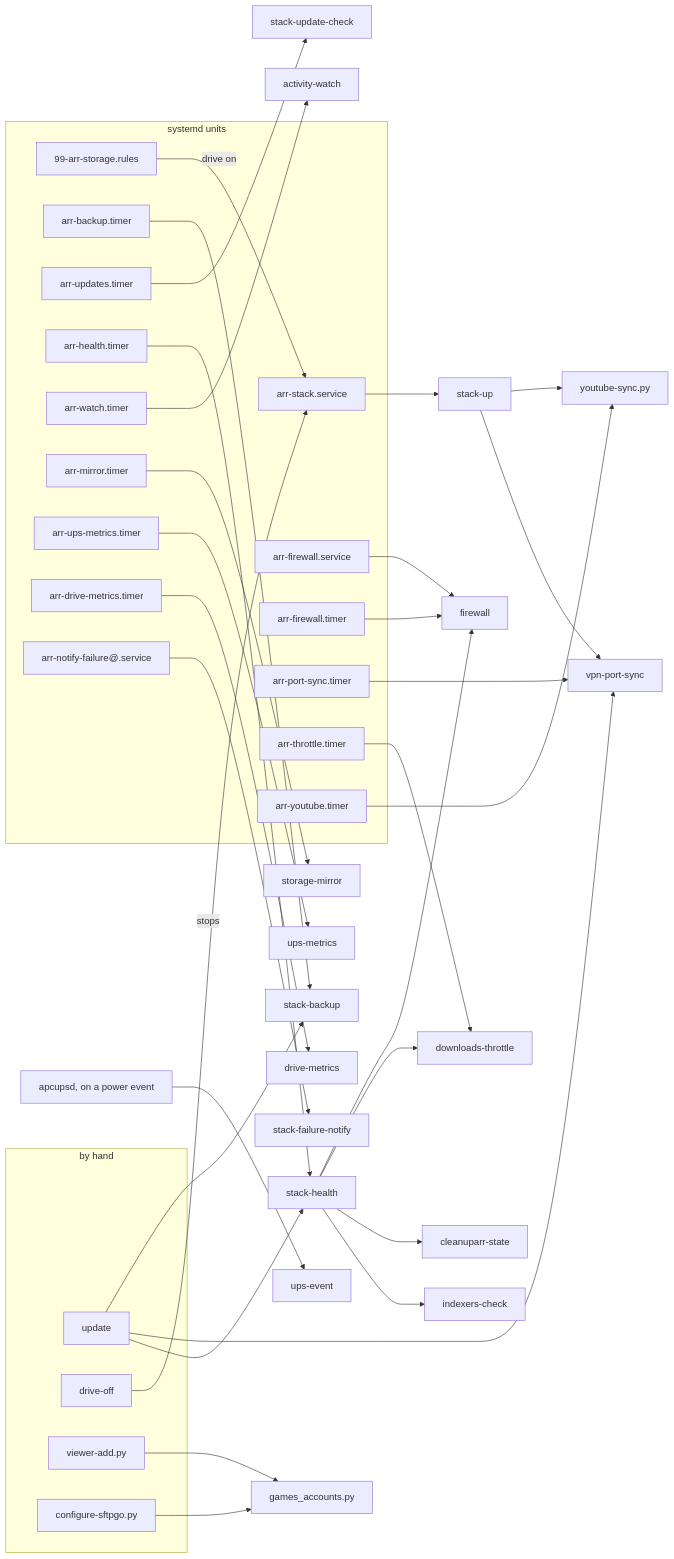
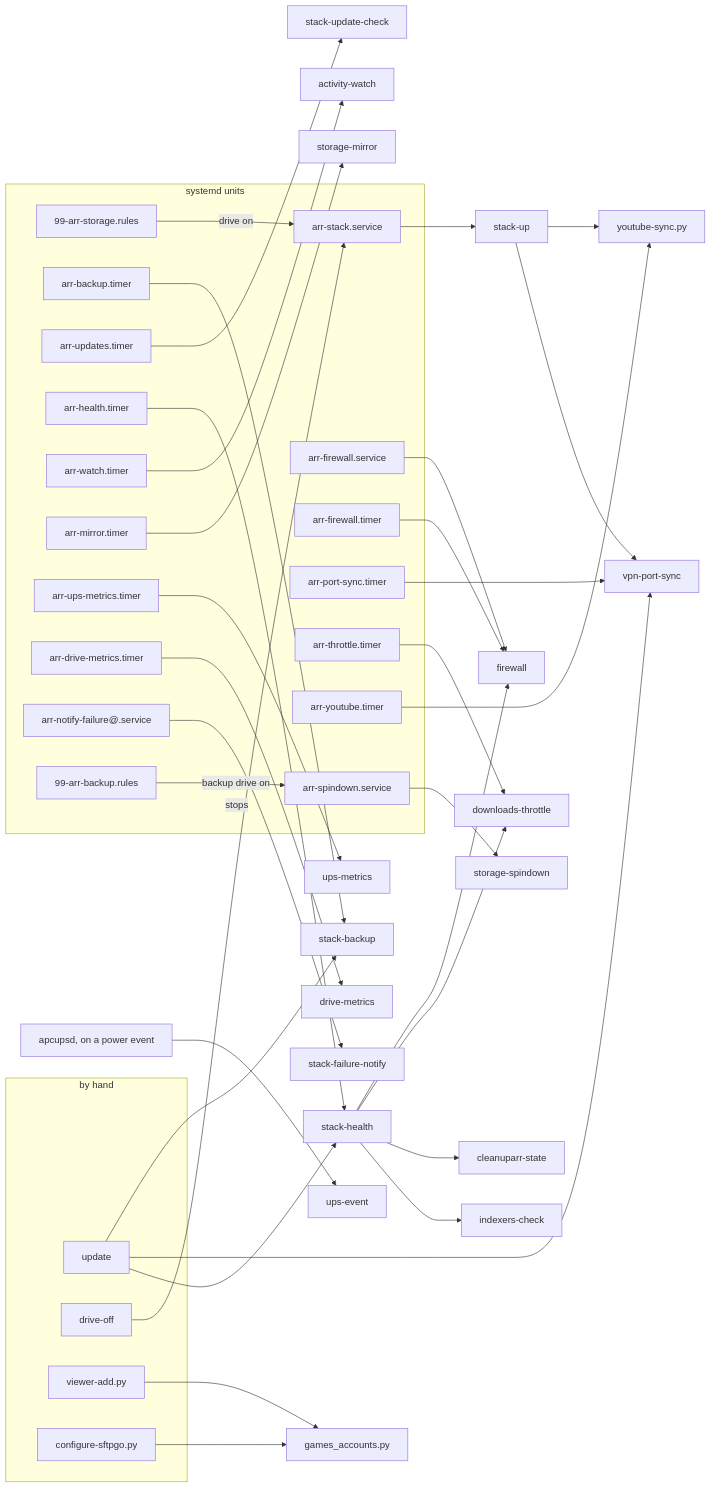
The diagram in docs/reference/scripts.md (bugrauluyurt/homelab-media-stack), drawn with Mermaid before and after one commit. The commit also changed other lines of this file and 22 other files, not shown here.

First line of the commit message:
feat(storage): let the backup drive sleep between mirrors (#56)

````diff
--- a/docs/reference/scripts.md
+++ b/docs/reference/scripts.md
@@ -71,54 +72,58 @@
 ```mermaid
 flowchart LR
   subgraph units["systemd units"]
     udev["99-arr-storage.rules"]
     stacksvc["arr-stack.service"]
     fwsvc["arr-firewall.service"]
     fwtimer["arr-firewall.timer"]
     porttimer["arr-port-sync.timer"]
     backuptimer["arr-backup.timer"]
     updtimer["arr-updates.timer"]
     healthtimer["arr-health.timer"]
     watchtimer["arr-watch.timer"]
     throttletimer["arr-throttle.timer"]
     yttimer["arr-youtube.timer"]
     mirrortimer["arr-mirror.timer"]
     upstimer["arr-ups-metrics.timer"]
     drivetimer["arr-drive-metrics.timer"]
     failsvc["arr-notify-failure@.service"]
+    budev["99-arr-backup.rules"]
+    spindownsvc["arr-spindown.service"]
   end
   subgraph hand["by hand"]
     update["update"]
     storageoff["drive-off"]
     addviewer["viewer-add.py"]
     confsftpgo["configure-sftpgo.py"]
   end
   udev -->|"drive on"| stacksvc
   stacksvc --> stackup["stack-up"]
   fwsvc --> firewall["firewall"]
   fwtimer --> firewall
   porttimer --> syncport["vpn-port-sync"]
   backuptimer --> backup["stack-backup"]
   updtimer --> checkupd["stack-update-check"]
   healthtimer --> health["stack-health"]
   watchtimer --> watch["activity-watch"]
   throttletimer --> throttle["downloads-throttle"]
   yttimer --> youtube["youtube-sync.py"]
   mirrortimer --> mirror["storage-mirror"]
+  budev -->|"backup drive on"| spindownsvc
+  spindownsvc --> spindown["storage-spindown"]
   upstimer --> upsmetrics["ups-metrics"]
   drivetimer --> drivemetrics["drive-metrics"]
   apcupsd["apcupsd, on a power event"] --> upsevent["ups-event"]
   failsvc --> notifyfail["stack-failure-notify"]
   stackup --> youtube
   stackup --> syncport
   update --> backup
   update --> syncport
   update --> health
   storageoff -->|"stops"| stacksvc
   health --> firewall
   health --> throttle
   health --> cstate["cleanuparr-state"]
   health --> checkidx["indexers-check"]
   addviewer --> games["games_accounts.py"]
   confsftpgo --> games
 ```
````
